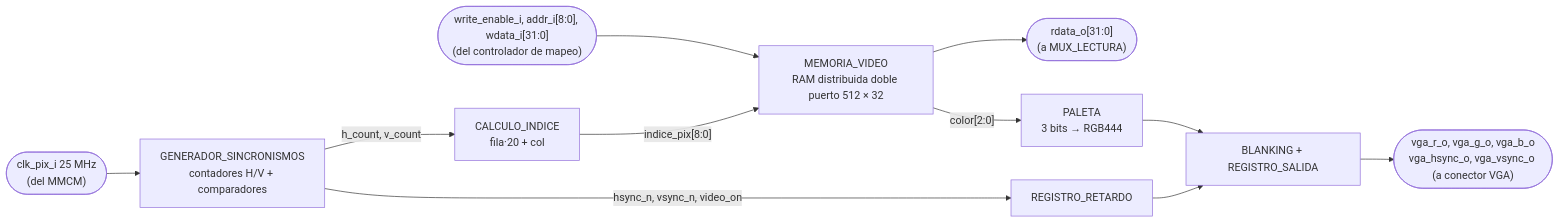
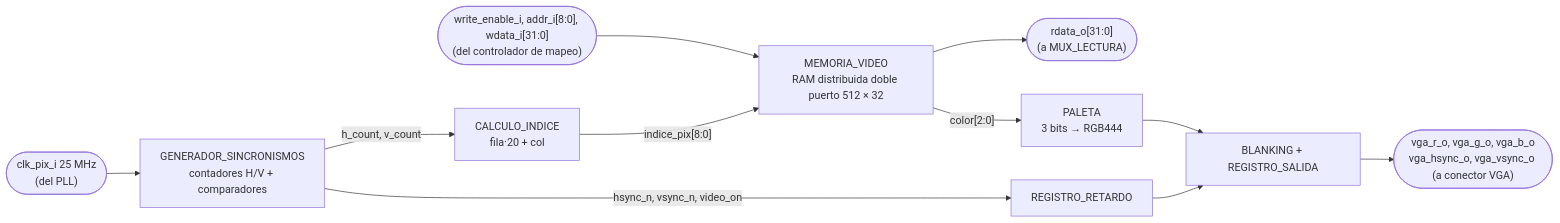
Before and after one commit to Taller-de-diseno-digital-GR01/Proyecto-3-Batalla-Naval: the first of 2 diagrams in docs/diseño/modulos/PERIFERICO_VGA.md, drawn with Mermaid. The commit also changed other lines of this file and 21 other files, not shown here.

Commit message:
Docs y comentarios a clk_i de 33,33 MHz con PLL, buzzer en JC4

````diff
--- a/docs/diseño/modulos/PERIFERICO_VGA.md
+++ b/docs/diseño/modulos/PERIFERICO_VGA.md
@@ -13,14 +13,14 @@
 ```mermaid
 flowchart LR
     IN_BUS(["write_enable_i, addr_i[8:0], wdata_i[31:0]<br/>(del controlador de mapeo)"]) --> MEM["MEMORIA_VIDEO<br/>RAM distribuida doble puerto 512 × 32"]
     MEM --> OUT_RD(["rdata_o[31:0]<br/>(a MUX_LECTURA)"])
 
-    IN_PIX(["clk_pix_i 25 MHz<br/>(del MMCM)"]) --> SYNC["GENERADOR_SINCRONISMOS<br/>contadores H/V + comparadores"]
+    IN_PIX(["clk_pix_i 25 MHz<br/>(del PLL)"]) --> SYNC["GENERADOR_SINCRONISMOS<br/>contadores H/V + comparadores"]
     SYNC -->|"h_count, v_count"| IDX["CALCULO_INDICE<br/>fila·20 + col"]
     IDX -->|"indice_pix[8:0]"| MEM
     MEM -->|"color[2:0]"| PAL["PALETA<br/>3 bits → RGB444"]
     SYNC -->|"hsync_n, vsync_n, video_on"| RET["REGISTRO_RETARDO"]
     PAL --> SAL["BLANKING + REGISTRO_SALIDA"]
     RET --> SAL
     SAL --> OUT_VGA(["vga_r_o, vga_g_o, vga_b_o<br/>vga_hsync_o, vga_vsync_o (a conector VGA)"])
 ```
````
